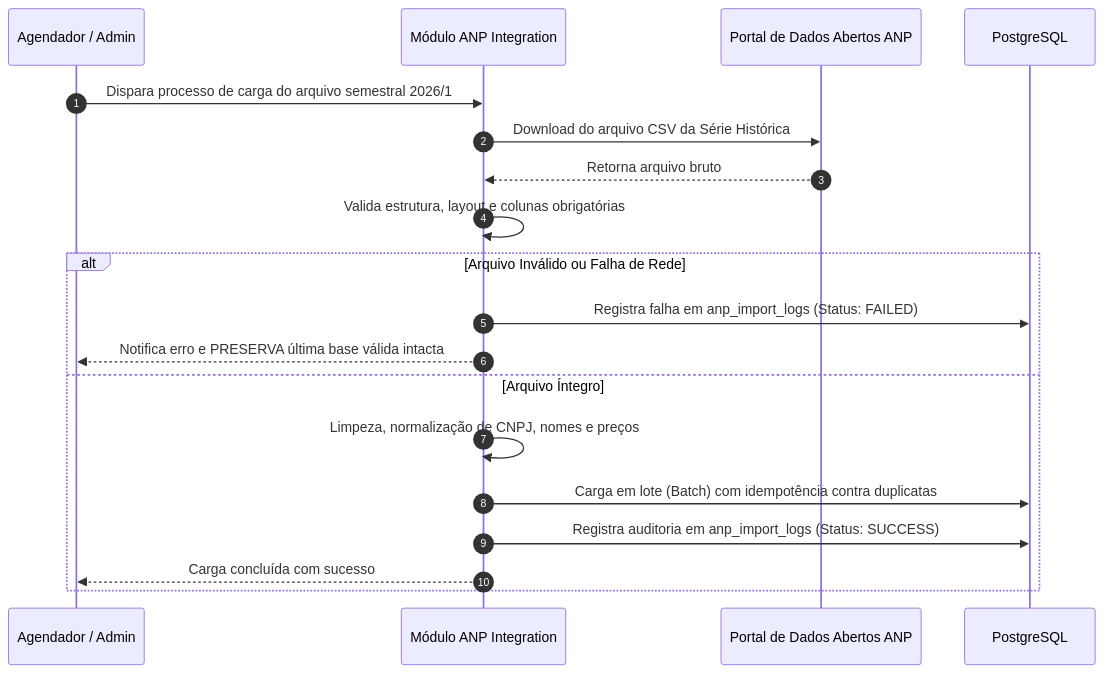
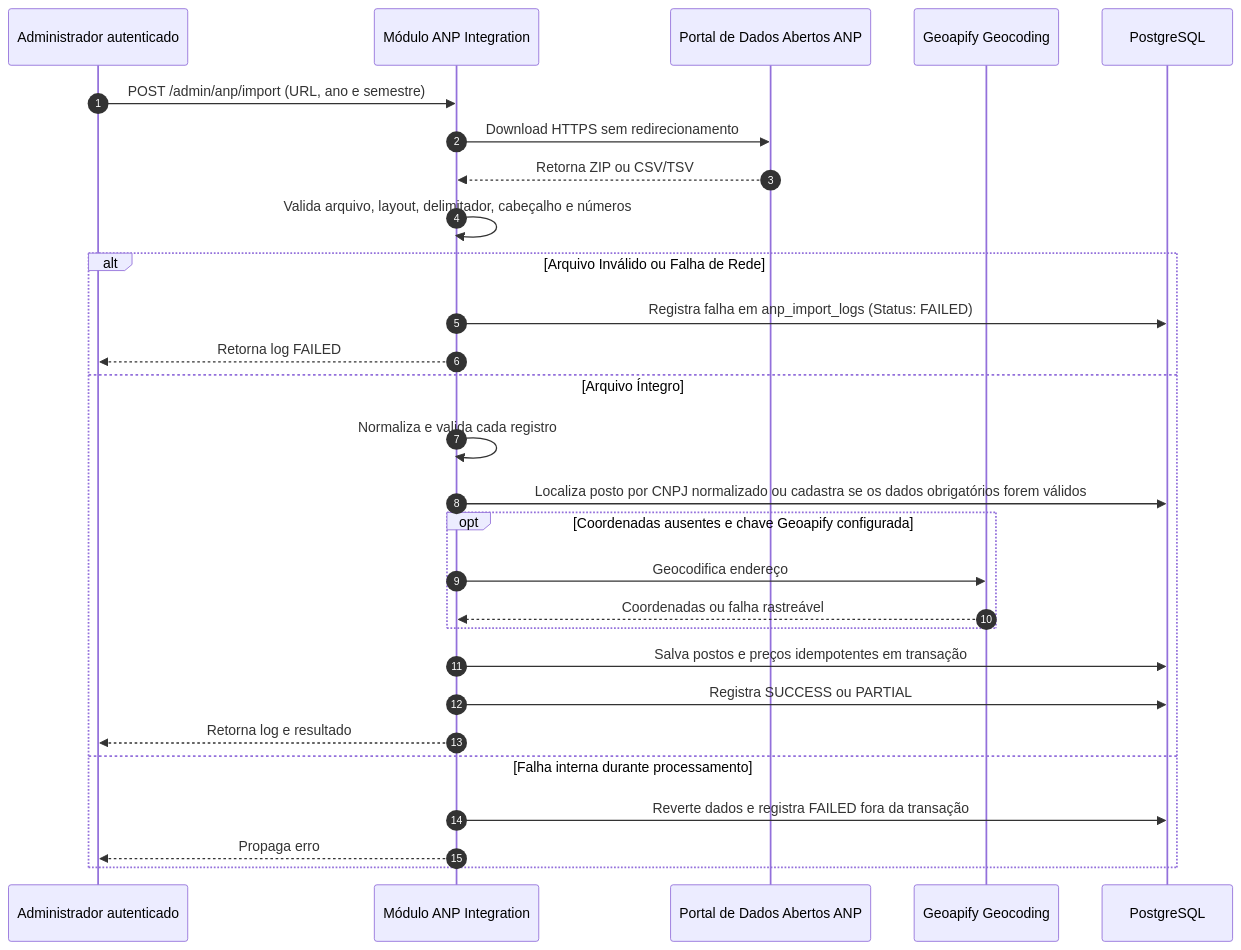
Before and after one commit to fuguharawillian/FuelFinder-: the sixth of 6 diagrams in .ai/architecture.md, drawn with Mermaid. The commit also changed other lines of this file and 201 other files, not shown here.

````diff
--- a/.ai/architecture.md
+++ b/.ai/architecture.md
@@ -448,22 +505,31 @@
 ```mermaid
 sequenceDiagram
     autonumber
-    participant Admin as Agendador / Admin
+    participant Admin as Administrador autenticado
     participant ANP_Module as Módulo ANP Integration
     participant Portal_ANP as Portal de Dados Abertos ANP
+    participant Geoapify as Geoapify Geocoding
     participant DB as PostgreSQL
 
-    Admin->>ANP_Module: Dispara processo de carga do arquivo semestral 2026/1
-    ANP_Module->>Portal_ANP: Download do arquivo CSV da Série Histórica
-    Portal_ANP-->>ANP_Module: Retorna arquivo bruto
-    ANP_Module->>ANP_Module: Valida estrutura, layout e colunas obrigatórias
+    Admin->>ANP_Module: POST /admin/anp/import (URL, ano e semestre)
+    ANP_Module->>Portal_ANP: Download HTTPS sem redirecionamento
+    Portal_ANP-->>ANP_Module: Retorna ZIP ou CSV/TSV
+    ANP_Module->>ANP_Module: Valida arquivo, layout, delimitador, cabeçalho e números
     alt Arquivo Inválido ou Falha de Rede
         ANP_Module->>DB: Registra falha em anp_import_logs (Status: FAILED)
-        ANP_Module-->>Admin: Notifica erro e PRESERVA última base válida intacta
+        ANP_Module-->>Admin: Retorna log FAILED
     else Arquivo Íntegro
-        ANP_Module->>ANP_Module: Limpeza, normalização de CNPJ, nomes e preços
-        ANP_Module->>DB: Carga em lote (Batch) com idempotência contra duplicatas
-        ANP_Module->>DB: Registra auditoria em anp_import_logs (Status: SUCCESS)
-        ANP_Module-->>Admin: Carga concluída com sucesso
+        ANP_Module->>ANP_Module: Normaliza e valida cada registro
+        ANP_Module->>DB: Localiza posto por CNPJ normalizado ou cadastra se os dados obrigatórios forem válidos
+        opt Coordenadas ausentes e chave Geoapify configurada
+            ANP_Module->>Geoapify: Geocodifica endereço
+            Geoapify-->>ANP_Module: Coordenadas ou falha rastreável
+        end
+        ANP_Module->>DB: Salva postos e preços idempotentes em transação
+        ANP_Module->>DB: Registra SUCCESS ou PARTIAL
+        ANP_Module-->>Admin: Retorna log e resultado
+    else Falha interna durante processamento
+        ANP_Module->>DB: Reverte dados e registra FAILED fora da transação
+        ANP_Module-->>Admin: Propaga erro
     end
 ```
````
